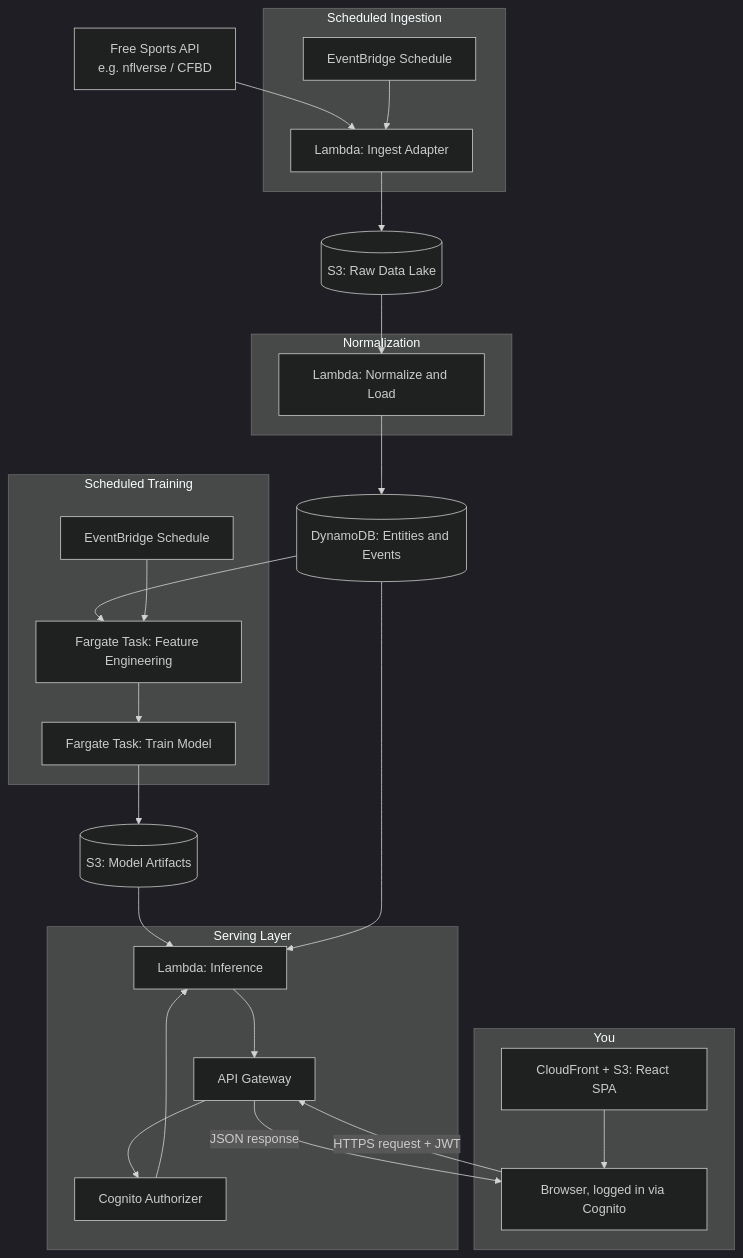
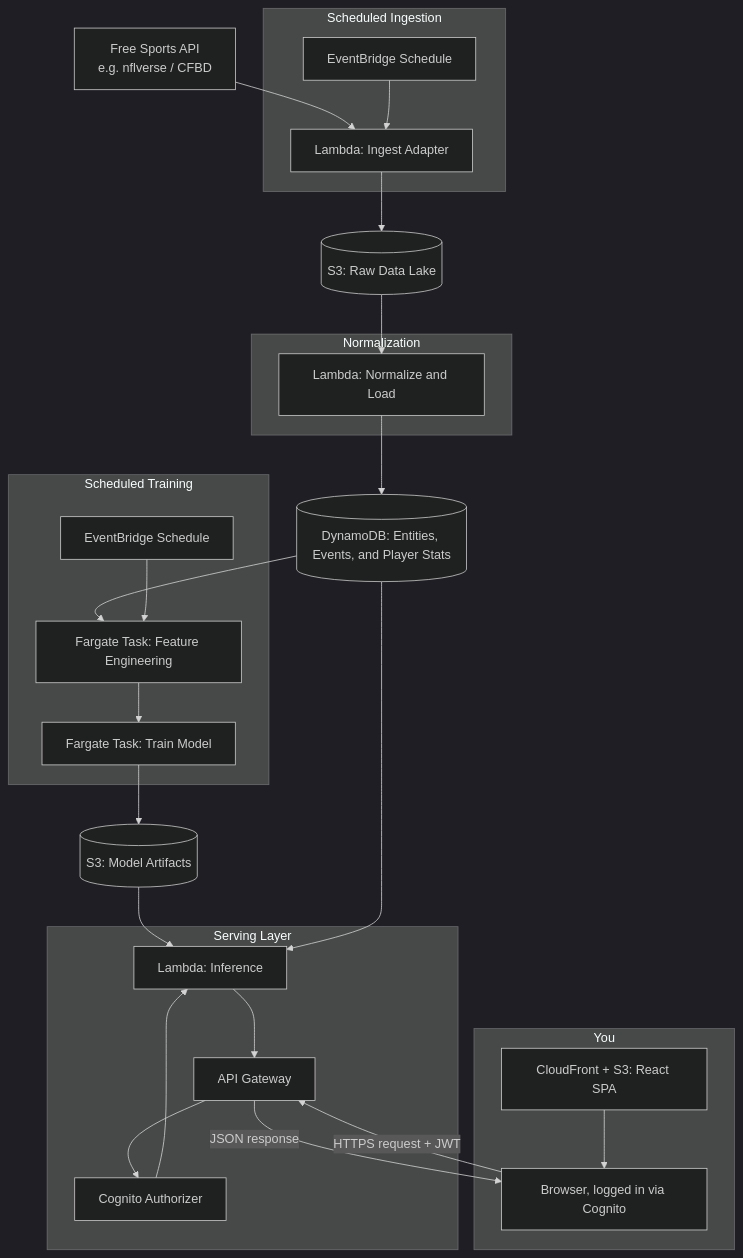
Before and after one commit to Programming-For-the-Community/sports-predictor: the first of 2 diagrams in design/ARCHITECTURE.md, drawn with Mermaid (dark theme). The commit also changed other lines of this file and 5 other files, not shown here.

````diff
--- a/design/ARCHITECTURE.md
+++ b/design/ARCHITECTURE.md
@@ -9,44 +9,44 @@
 ```mermaid
 flowchart TD
     subgraph Ingest["Scheduled Ingestion"]
         SCH1["EventBridge Schedule"]
         ING["Lambda: Ingest Adapter"]
     end
 
     SRC["Free Sports API<br/>e.g. nflverse / CFBD"] --> ING
     SCH1 --> ING
     ING --> RAW[("S3: Raw Data Lake")]
 
     subgraph Normalize["Normalization"]
         NORM["Lambda: Normalize and Load"]
     end
-    RAW --> NORM --> DDB[("DynamoDB: Entities and Events")]
+    RAW --> NORM --> DDB[("DynamoDB: Entities, Events, and Player Stats")]
 
     subgraph Train["Scheduled Training"]
         SCH2["EventBridge Schedule"]
         FEAT["Fargate Task: Feature Engineering"]
         MODEL["Fargate Task: Train Model"]
     end
     DDB --> FEAT
     SCH2 --> FEAT
     FEAT --> MODEL --> ARTIFACT[("S3: Model Artifacts")]
 
     subgraph Serve["Serving Layer"]
         APIGW["API Gateway"]
         AUTH["Cognito Authorizer"]
         INF["Lambda: Inference"]
     end
     ARTIFACT --> INF
     DDB --> INF
     APIGW --> AUTH
     AUTH --> INF
     INF --> APIGW
 
     subgraph Client["You"]
         CF["CloudFront + S3: React SPA"]
         BROWSER["Browser, logged in via Cognito"]
     end
     CF --> BROWSER
     BROWSER -->|"HTTPS request + JWT"| APIGW
     APIGW -->|"JSON response"| BROWSER
 ```
````
